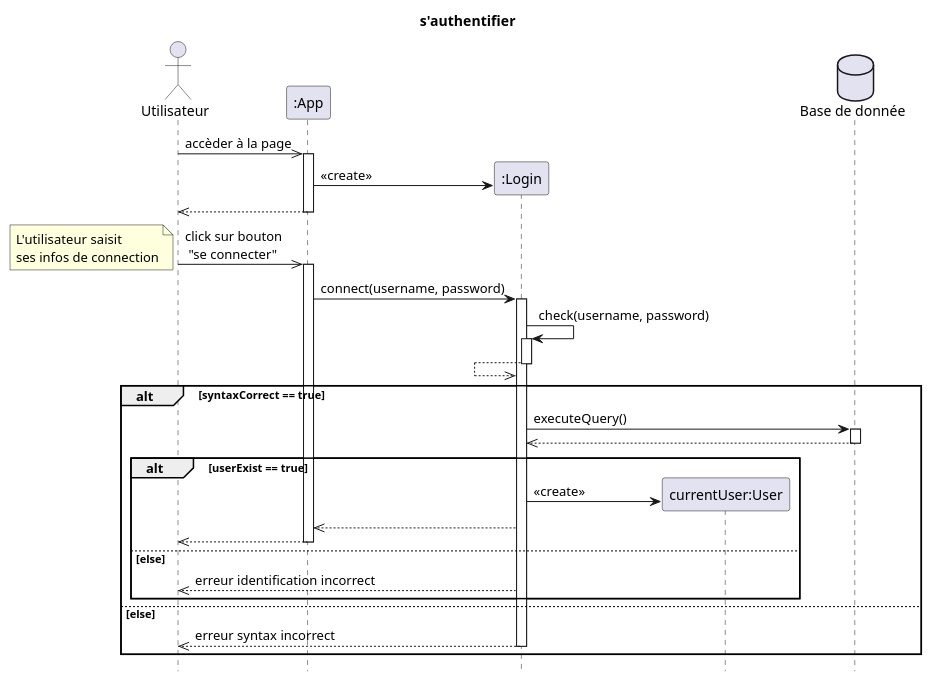
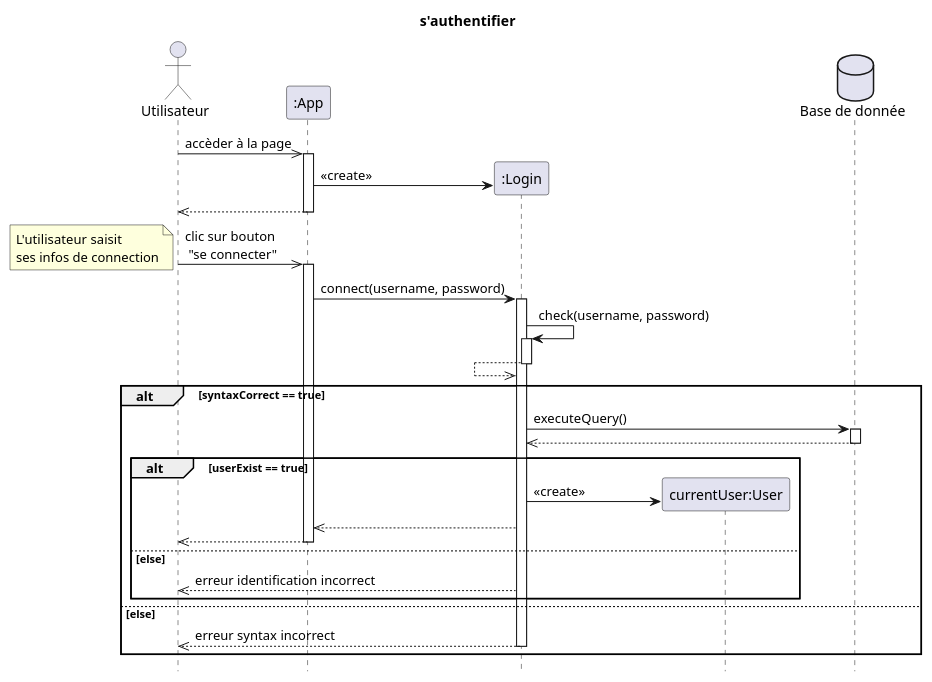
Before and after one commit to dorianleveque/CoHub: the diagram in docs/UML/diagrammes séquence/authentification.puml, drawn with PlantUML. The commit also changed 6 other files, not shown here.

```diff
--- a/docs/UML/diagrammes séquence/authentification.puml
+++ b/docs/UML/diagrammes séquence/authentification.puml
@@ -1,51 +1,51 @@
 @startuml s'authentifier
 title s'authentifier
 hide footbox
 actor client as "Utilisateur" order 1
 participant app as ":App" order 2
 database bdd as "Base de donnée" order 5
 
 client ->> app: accèder à la page
 activate app
 create login as ":Login" order 3
 app -> login : <<create>>
 client <<-- app
 deactivate app
 
-client ->> app: click sur bouton \n "se connecter"
+client ->> app: clic sur bouton \n "se connecter"
 activate app
 note left: L'utilisateur saisit\nses infos de connection
 app -> login: connect(username, password)
 activate login
 
 login -> login: check(username, password)
 activate login
 login <<-- login
 deactivate login
 
 alt syntaxCorrect == true
     login -> bdd: executeQuery()
     activate bdd
     login <<-- bdd
     deactivate bdd
     
     alt userExist == true 
         create user as "currentUser:User" order 4
         login -> user : <<create>>
         app <<-- login
         client <<-- app
         deactivate app
     else else
         client <<-- login : erreur identification incorrect
 
     end
 else else
     client <<-- login : erreur syntax incorrect
     deactivate login
 end
 
 
 
 
 
 @enduml
```
